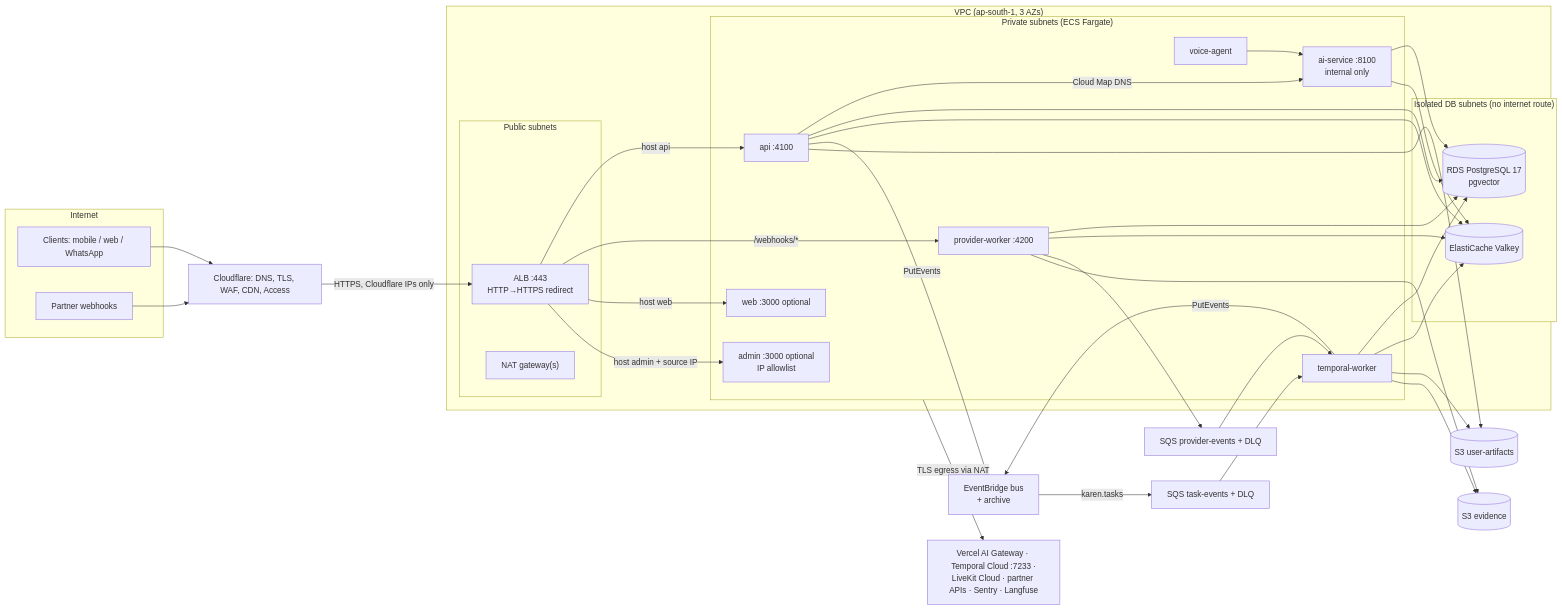
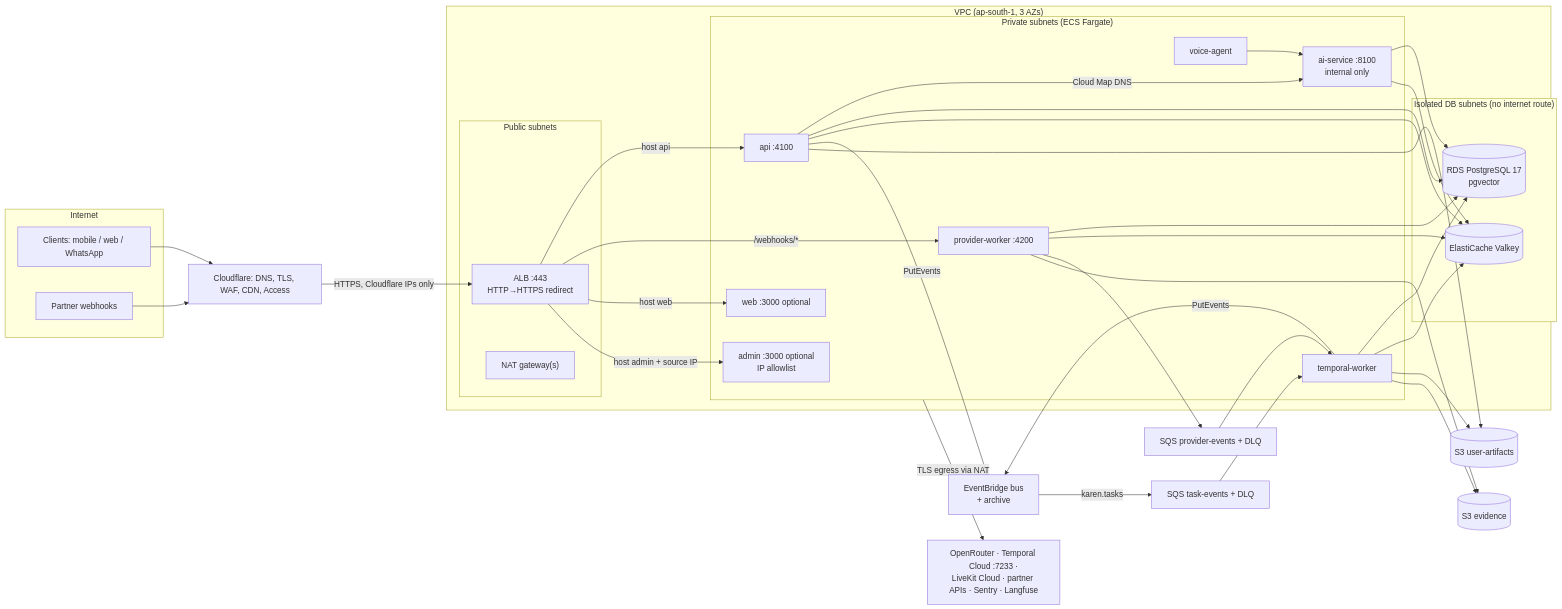
The diagram in docs/architecture/infrastructure.md (arvindydv/KAREN), drawn with Mermaid before and after one commit. The commit also changed other lines of this file and 373 other files, not shown here.

First line of the commit message:
feat(phase-02): conversations, streaming chat, OpenRouter gateway and voice (snapshot)

````diff
--- a/docs/architecture/infrastructure.md
+++ b/docs/architecture/infrastructure.md
@@ -10,50 +10,50 @@
 ```mermaid
 flowchart LR
   subgraph Internet
     U[Clients: mobile / web / WhatsApp]
     P[Partner webhooks]
   end
   U --> CF[Cloudflare: DNS, TLS, WAF, CDN, Access]
   P --> CF
   CF -->|HTTPS, Cloudflare IPs only| ALB
 
   subgraph VPC["VPC (ap-south-1, 3 AZs)"]
     subgraph Public["Public subnets"]
       ALB[ALB :443<br/>HTTP→HTTPS redirect]
       NAT["NAT gateway(s)"]
     end
     subgraph Private["Private subnets (ECS Fargate)"]
       API[api :4100]
       PW[provider-worker :4200]
       AI[ai-service :8100<br/>internal only]
       TW[temporal-worker]
       VA[voice-agent]
       WEB[web :3000 optional]
       ADM[admin :3000 optional<br/>IP allowlist]
     end
     subgraph Isolated["Isolated DB subnets (no internet route)"]
       RDS[(RDS PostgreSQL 17<br/>pgvector)]
       REDIS[(ElastiCache Valkey)]
     end
   end
 
   ALB -->|host api| API
   ALB -->|/webhooks/*| PW
   ALB -->|host web| WEB
   ALB -->|host admin + source IP| ADM
   API -->|Cloud Map DNS| AI
   VA --> AI
   API & AI & TW & PW --> RDS
   API & AI & TW & PW --> REDIS
 
   API -->|PutEvents| EB[EventBridge bus<br/>+ archive]
   TW -->|PutEvents| EB
   EB -->|karen.tasks| Q1[SQS task-events + DLQ]
   PW --> Q2[SQS provider-events + DLQ]
   Q1 --> TW
   Q2 --> TW
   API & TW --> S3A[(S3 user-artifacts)]
   PW & TW --> S3E[(S3 evidence)]
 
-  Private -->|TLS egress via NAT| EXT[Vercel AI Gateway · Temporal Cloud :7233 ·<br/>LiveKit Cloud · partner APIs · Sentry · Langfuse]
+  Private -->|TLS egress via NAT| EXT[OpenRouter · Temporal Cloud :7233 ·<br/>LiveKit Cloud · partner APIs · Sentry · Langfuse]
 ```
````
